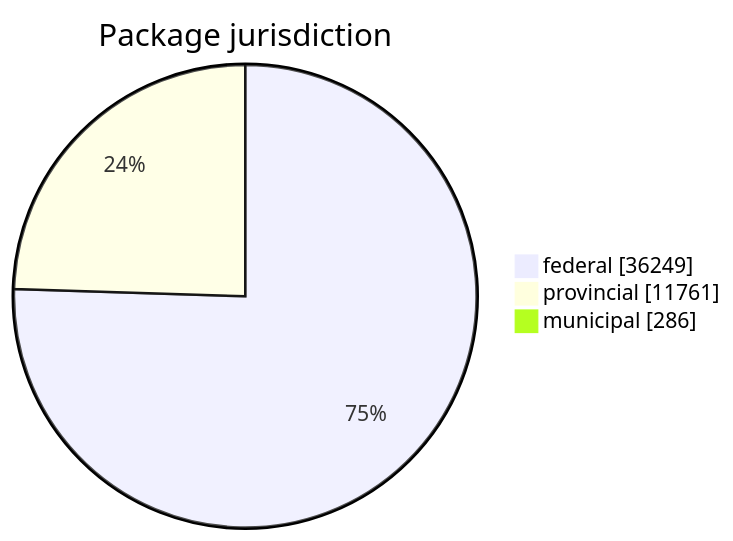
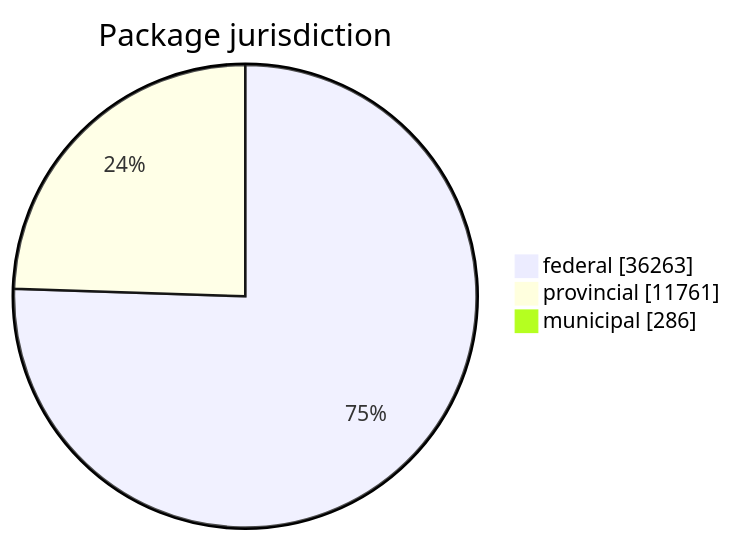
Before and after one commit to open-data/analytics-corporate-reporting: the first of 5 diagrams in FreshCheck/README.md, drawn with Mermaid. The commit also changed other lines of this file and 3 other files, not shown here.

````diff
--- a/FreshCheck/README.md
+++ b/FreshCheck/README.md
@@ -60,6 +60,6 @@
 ```mermaid
 pie showData title Package jurisdiction
-    "federal": 36249
+    "federal": 36263
     "provincial": 11761
     "municipal": 286
 ```
````
